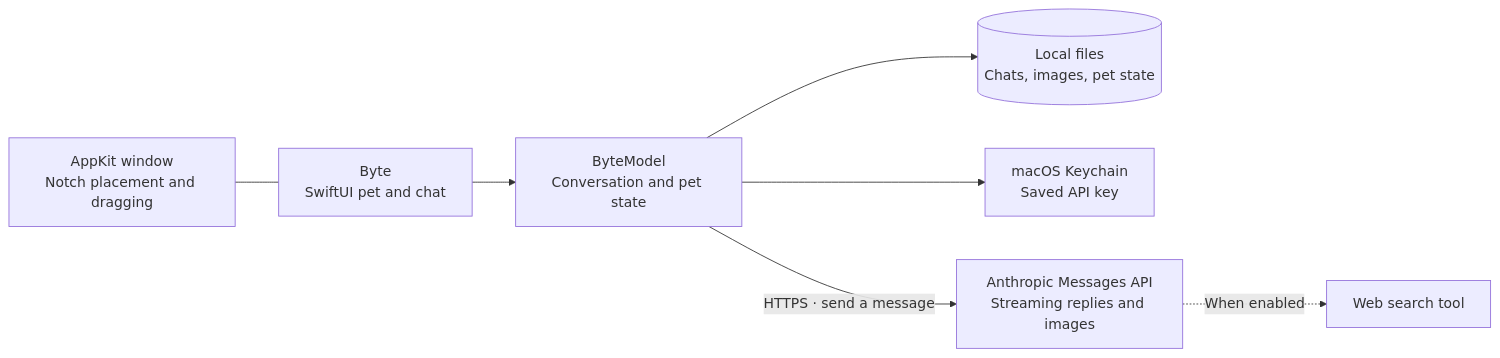
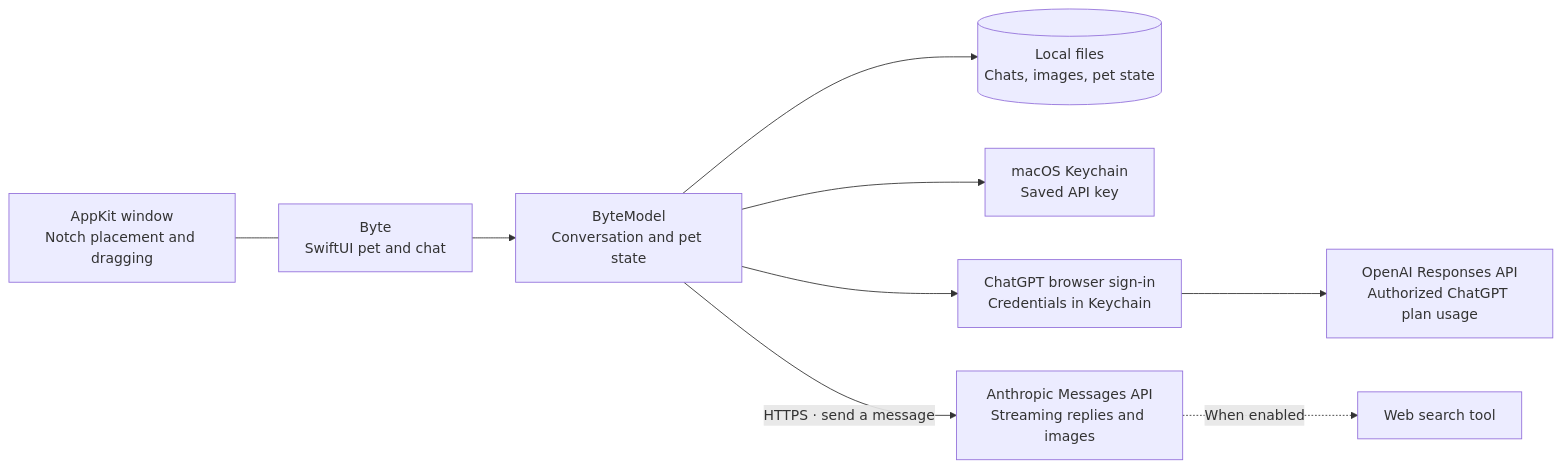
The diagram in README.md (ronniekai999/byte), drawn with Mermaid before and after one commit. The commit also changed other lines of this file and 12 other files, not shown here.

Commit message:
Add ChatGPT plan sign-in with reliable credential refresh

````diff
--- a/README.md
+++ b/README.md
@@ -230,9 +247,11 @@
 ```mermaid
 flowchart LR
     UI["Byte<br/>SwiftUI pet and chat"] --> Model["ByteModel<br/>Conversation and pet state"]
     Window["AppKit window<br/>Notch placement and dragging"] --- UI
     Model --> Disk[("Local files<br/>Chats, images, pet state")]
     Model --> Keys["macOS Keychain<br/>Saved API key"]
+    Model --> Auth["ChatGPT browser sign-in<br/>Credentials in Keychain"]
     Model -->|"HTTPS · send a message"| API["Anthropic Messages API<br/>Streaming replies and images"]
+    Auth --> GPT["OpenAI Responses API<br/>Authorized ChatGPT plan usage"]
     API -.->|"When enabled"| Search["Web search tool"]
 ```
````
